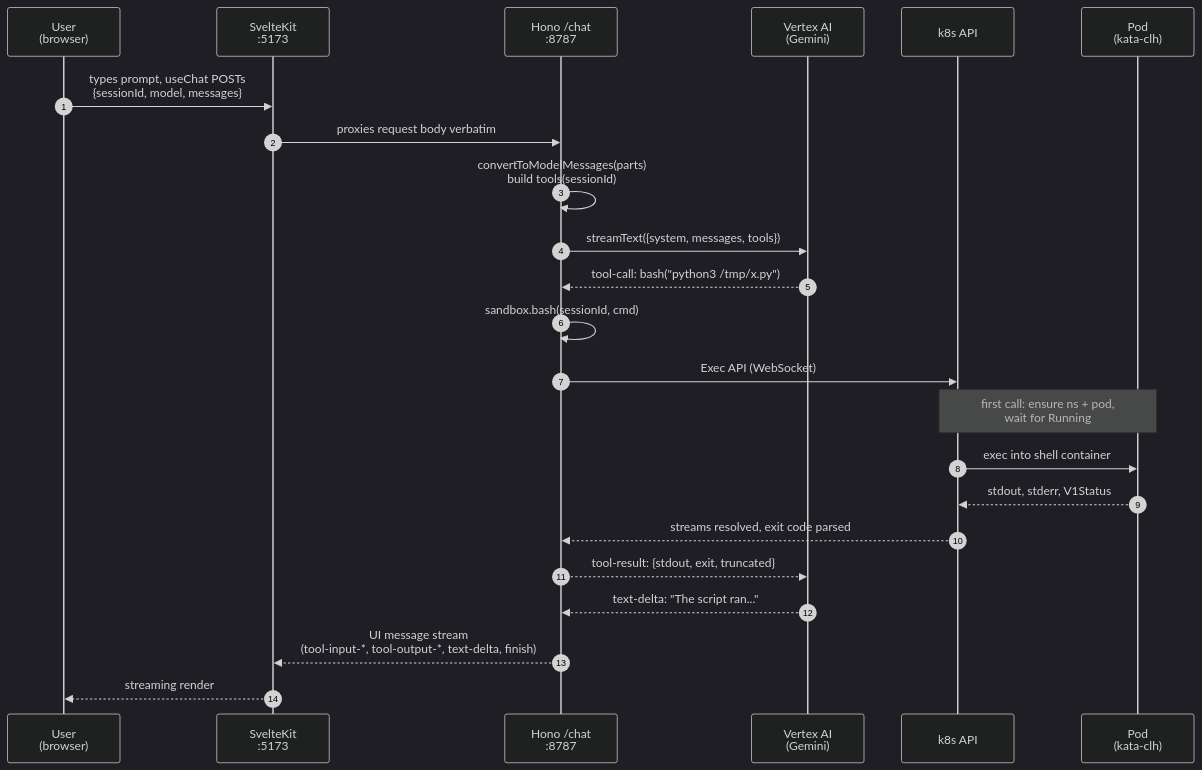
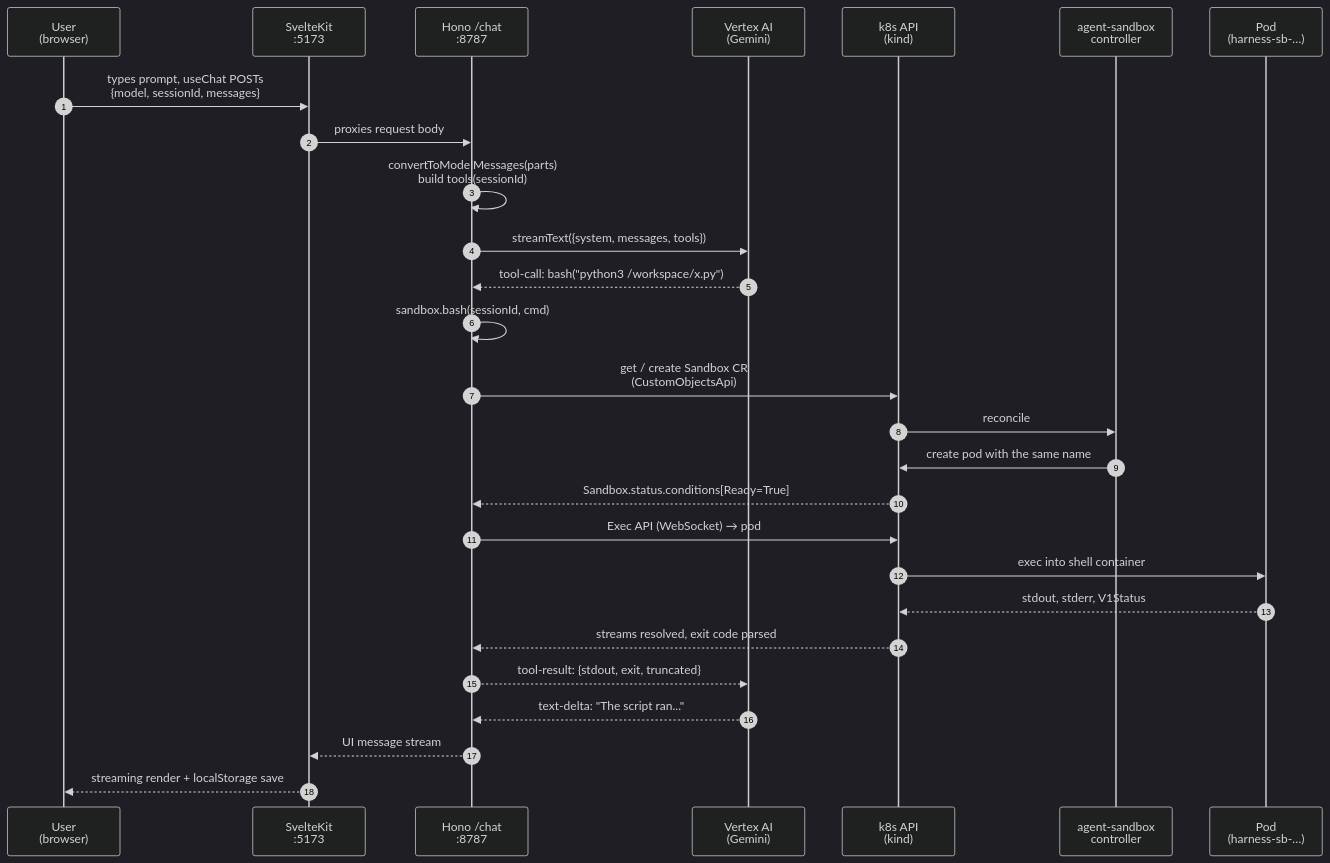
One commit to mikiastilahun/harness changed the second of 2 diagrams in README.md. Above: the diagram before and after it, drawn with Mermaid (dark theme). The commit also changed other lines of this file and 45 other files, not shown here.

````diff
--- a/README.md
+++ b/README.md
@@ -187,28 +164,32 @@
 ```mermaid
 sequenceDiagram
   autonumber
   participant U as User<br/>(browser)
   participant W as SvelteKit<br/>:5173
   participant A as Hono /chat<br/>:8787
   participant G as Vertex AI<br/>(Gemini)
-  participant K as k8s API
-  participant P as Pod<br/>(kata-clh)
+  participant K as k8s API<br/>(kind)
+  participant C as agent-sandbox<br/>controller
+  participant P as Pod<br/>(harness-sb-…)
 
-  U->>W: types prompt, useChat POSTs<br/>{sessionId, model, messages}
-  W->>A: proxies request body verbatim
+  U->>W: types prompt, useChat POSTs<br/>{model, sessionId, messages}
+  W->>A: proxies request body
   A->>A: convertToModelMessages(parts)<br/>build tools(sessionId)
   A->>G: streamText({system, messages, tools})
 
-  G-->>A: tool-call: bash("python3 /tmp/x.py")
+  G-->>A: tool-call: bash("python3 /workspace/x.py")
   A->>A: sandbox.bash(sessionId, cmd)
-  A->>K: Exec API (WebSocket)
-  Note over K,P: first call: ensure ns + pod,<br/>wait for Running
+  A->>K: get / create Sandbox CR<br/>(CustomObjectsApi)
+  K->>C: reconcile
+  C->>K: create pod with the same name
+  K-->>A: Sandbox.status.conditions[Ready=True]
+  A->>K: Exec API (WebSocket) → pod
   K->>P: exec into shell container
   P-->>K: stdout, stderr, V1Status
   K-->>A: streams resolved, exit code parsed
   A-->>G: tool-result: {stdout, exit, truncated}
 
   G-->>A: text-delta: "The script ran..."
-  A-->>W: UI message stream<br/>(tool-input-*, tool-output-*, text-delta, finish)
-  W-->>U: streaming render
+  A-->>W: UI message stream
+  W-->>U: streaming render + localStorage save
 ```
````
